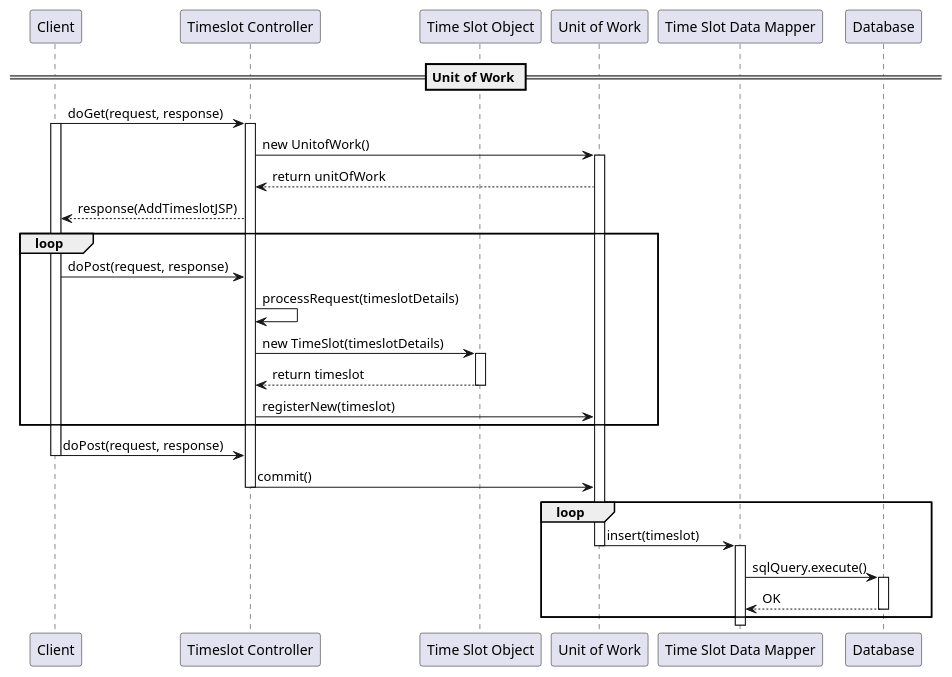
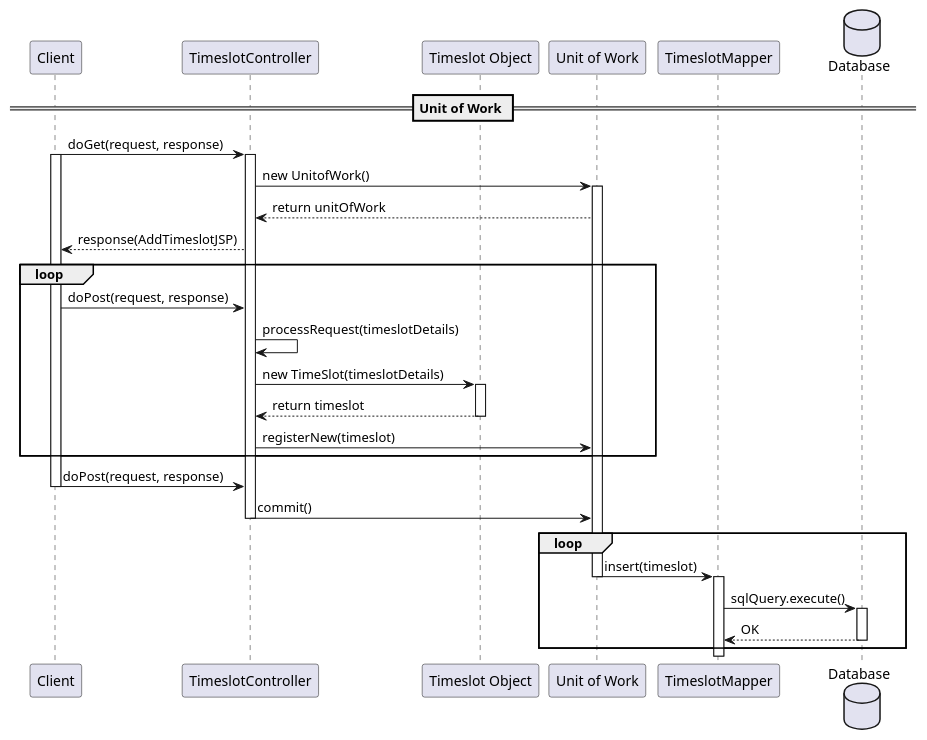
One commit to SWEN900072021/Covid19BookingSystem changed the diagram in docs/part2/UoWSequenceDiagram.puml. Above: the diagram before and after it, drawn with PlantUML. The commit also changed 9 other files, not shown here.

Commit message:
Cleanup diagrams

```diff
--- a/docs/part2/UoWSequenceDiagram.puml
+++ b/docs/part2/UoWSequenceDiagram.puml
@@ -1,55 +1,55 @@
 @startuml
 'https://plantuml.com/sequence-diagram
 
 skinparam linetype polyline
 
 participant "Client" as Client
-participant "Timeslot Controller" as ATS_Controller
-participant "Time Slot Object" as TS
+participant "TimeslotController" as TC
+participant "Timeslot Object" as TO
 participant "Unit of Work" as UoW
-participant "Time Slot Data Mapper" as TS_Mapper
-participant "Database" as DB
+participant "TimeslotMapper" as TM
+database "Database" as DB
 
 
 
 == Unit of Work ==
-Client -> ATS_Controller: doGet(request, response)
+Client -> TC: doGet(request, response)
 activate Client
-activate ATS_Controller
-ATS_Controller -> UoW: new UnitofWork()
+activate TC
+TC -> UoW: new UnitofWork()
 activate UoW
-UoW --> ATS_Controller: return unitOfWork
-ATS_Controller --> Client: response(AddTimeslotJSP)
+UoW --> TC: return unitOfWork
+TC --> Client: response(AddTimeslotJSP)
 
 loop
-Client -> ATS_Controller: doPost(request, response)
-ATS_Controller -> ATS_Controller: processRequest(timeslotDetails)
-ATS_Controller -> TS: new TimeSlot(timeslotDetails)
-activate TS
-TS --> ATS_Controller: return timeslot
-deactivate TS
-ATS_Controller -> UoW: registerNew(timeslot)
+Client -> TC: doPost(request, response)
+TC -> TC: processRequest(timeslotDetails)
+TC -> TO: new TimeSlot(timeslotDetails)
+activate TO
+TO --> TC: return timeslot
+deactivate TO
+TC -> UoW: registerNew(timeslot)
 end
 
-Client -> ATS_Controller: doPost(request, response)
+Client -> TC: doPost(request, response)
 deactivate Client
-ATS_Controller -> UoW: commit()
-deactivate ATS_Controller
+TC -> UoW: commit()
+deactivate TC
 
 loop
-UoW -> TS_Mapper: insert(timeslot)
+UoW -> TM: insert(timeslot)
 deactivate UoW
-activate TS_Mapper
-TS_Mapper -> DB: sqlQuery.execute()
+activate TM
+TM -> DB: sqlQuery.execute()
 activate DB
-DB --> TS_Mapper : OK
+DB --> TM : OK
 deactivate DB
 end
 
 
 
 
 
 
 
 @enduml
```
